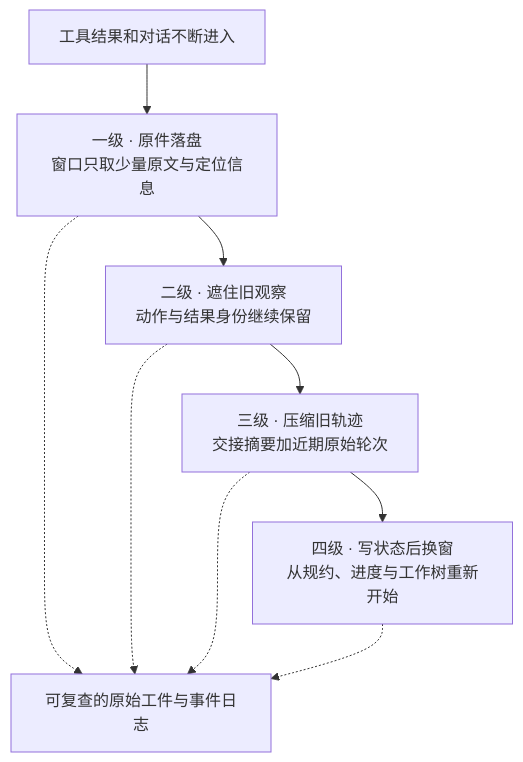
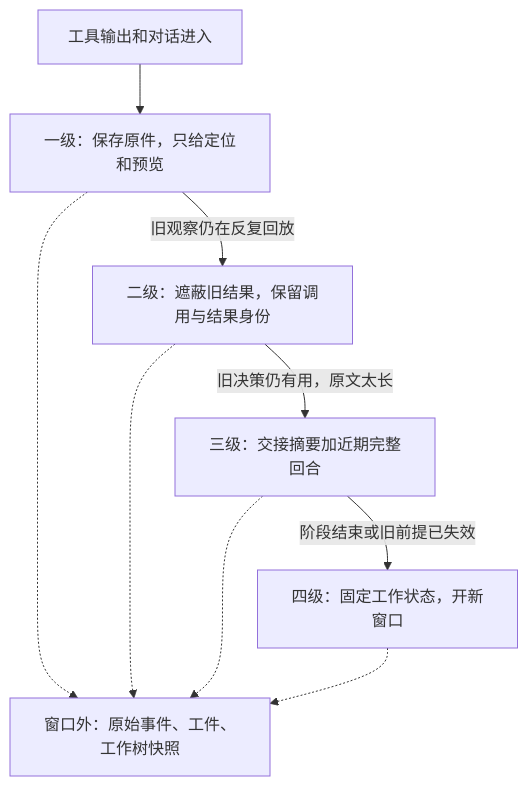
The first of 2 diagrams in 04-context-engineering-and-compaction/02-context-compaction-and-offloading.md (echonoshy/agent-engineering-handbook), drawn with Mermaid before and after one commit. The commit also changed other lines of this file and 21 other files, not shown here.

````diff
--- a/04-context-engineering-and-compaction/02-context-compaction-and-offloading.md
+++ b/04-context-engineering-and-compaction/02-context-compaction-and-offloading.md
@@ -20,11 +7,12 @@
 ```mermaid
 flowchart TD
-    A["工具结果和对话不断进入"] --> B["一级 · 原件落盘<br/>窗口只取少量原文与定位信息"]
-    B --> C["二级 · 遮住旧观察<br/>动作与结果身份继续保留"]
-    C --> D["三级 · 压缩旧轨迹<br/>交接摘要加近期原始轮次"]
-    D --> E["四级 · 写状态后换窗<br/>从规约、进度与工作树重新开始"]
-    B -.-> F["可复查的原始工件与事件日志"]
+    A["工具输出和对话进入"] --> B["一级：保存原件，只给定位和预览"]
+    B -->|"旧观察仍在反复回放"| C["二级：遮蔽旧结果，保留调用与结果身份"]
+    C -->|"旧决策仍有用，原文太长"| D["三级：交接摘要加近期完整回合"]
+    D -->|"阶段结束或旧前提已失效"| E["四级：固定工作状态，开新窗口"]
+    F["窗口外：原始事件、工件、工作树快照"]
+    B -.-> F
     C -.-> F
     D -.-> F
     E -.-> F
 ```
````
